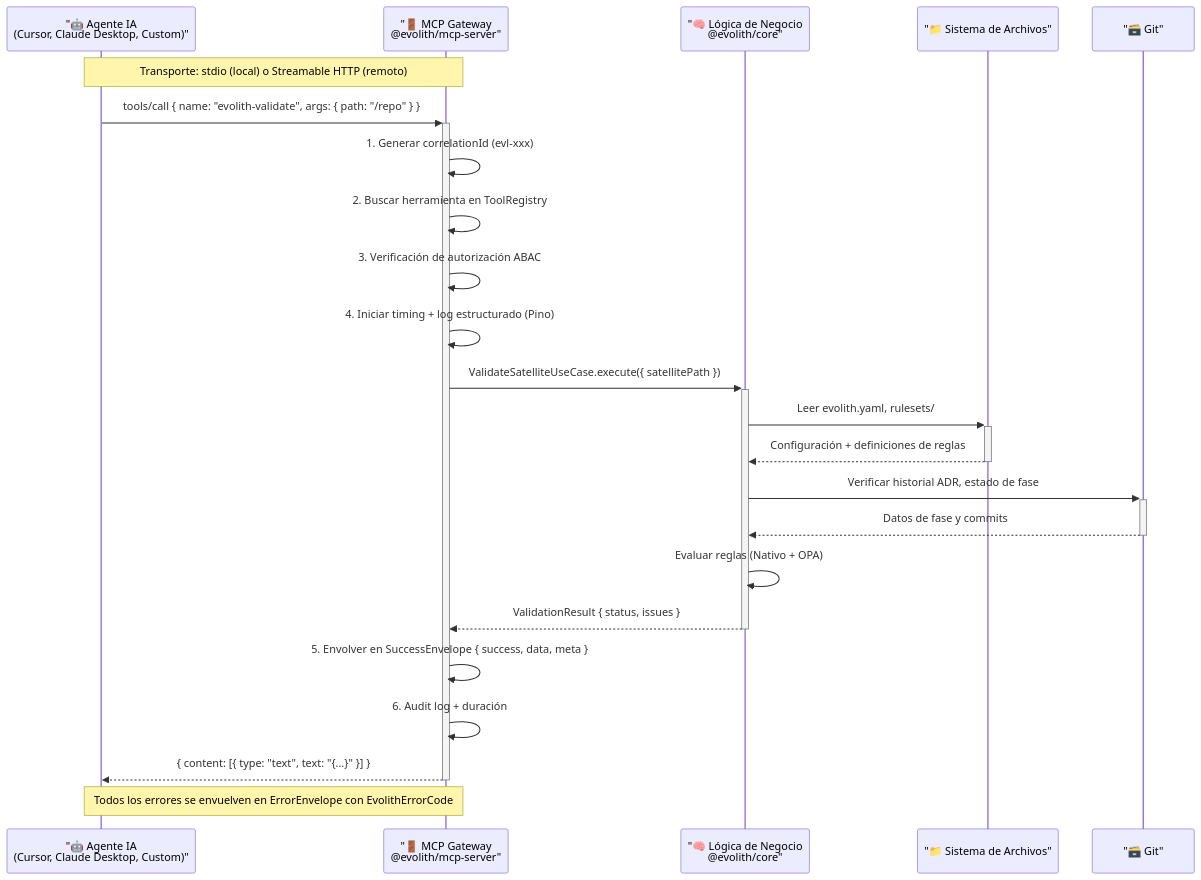
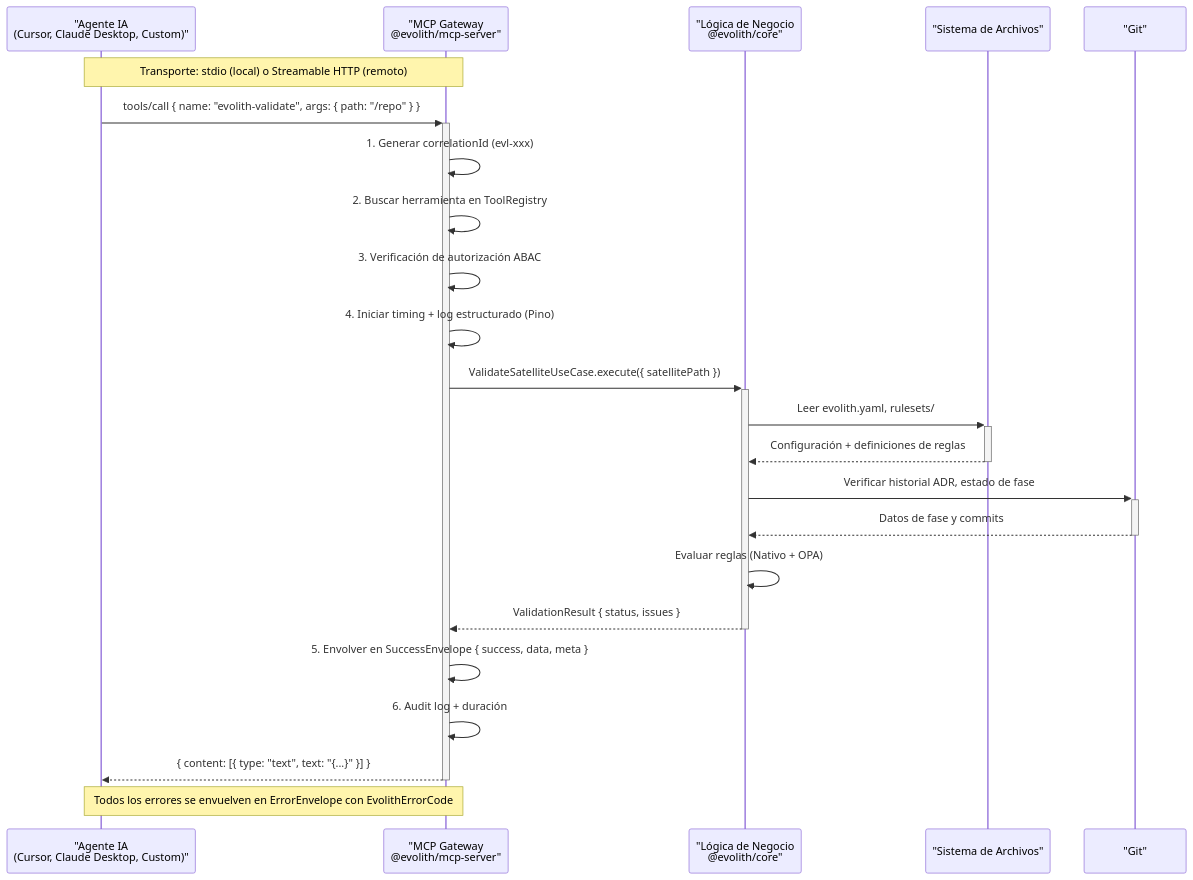
Before and after one commit to beyondnetcode/evolith_arch32: the diagram in packages/mcp-server/README.es.md, drawn with Mermaid. The commit also changed other lines of this file and 46 other files, not shown here.

````diff
--- a/packages/mcp-server/README.es.md
+++ b/packages/mcp-server/README.es.md
@@ -34,34 +34,34 @@
 ```mermaid
 sequenceDiagram
-    participant Agent as "🤖 Agente IA<br/>(Cursor, Claude Desktop, Custom)"
-    participant Gateway as "🚪 MCP Gateway<br/>@evolith/mcp-server"
-    participant Core as "🧠 Lógica de Negocio<br/>@evolith/core"
-    participant FS as "📁 Sistema de Archivos"
-    participant Git as "🗃️ Git"
+    participant Agent as "Agente IA<br/>(Cursor, Claude Desktop, Custom)"
+    participant Gateway as "MCP Gateway<br/>@evolith/mcp-server"
+    participant Core as "Lógica de Negocio<br/>@evolith/core"
+    participant FS as "Sistema de Archivos"
+    participant Git as "Git"
 
     Note over Agent,Gateway: Transporte: stdio (local) o Streamable HTTP (remoto)
 
     Agent->>+Gateway: tools/call { name: "evolith-validate", args: { path: "/repo" } }
 
     Gateway->>Gateway: 1. Generar correlationId (evl-xxx)
     Gateway->>Gateway: 2. Buscar herramienta en ToolRegistry
     Gateway->>Gateway: 3. Verificación de autorización ABAC
     Gateway->>Gateway: 4. Iniciar timing + log estructurado (Pino)
 
     Gateway->>+Core: ValidateSatelliteUseCase.execute({ satellitePath })
     Core->>+FS: Leer evolith.yaml, rulesets/
     FS-->>-Core: Configuración + definiciones de reglas
 
     Core->>+Git: Verificar historial ADR, estado de fase
     Git-->>-Core: Datos de fase y commits
 
     Core->>Core: Evaluar reglas (Nativo + OPA)
     Core-->>-Gateway: ValidationResult { status, issues }
 
     Gateway->>Gateway: 5. Envolver en SuccessEnvelope { success, data, meta }
     Gateway->>Gateway: 6. Audit log + duración
 
     Gateway-->>-Agent: { content: [{ type: "text", text: "{...}" }] }
 
     Note over Agent,Gateway: Todos los errores se envuelven en ErrorEnvelope con EvolithErrorCode
 ```
````
